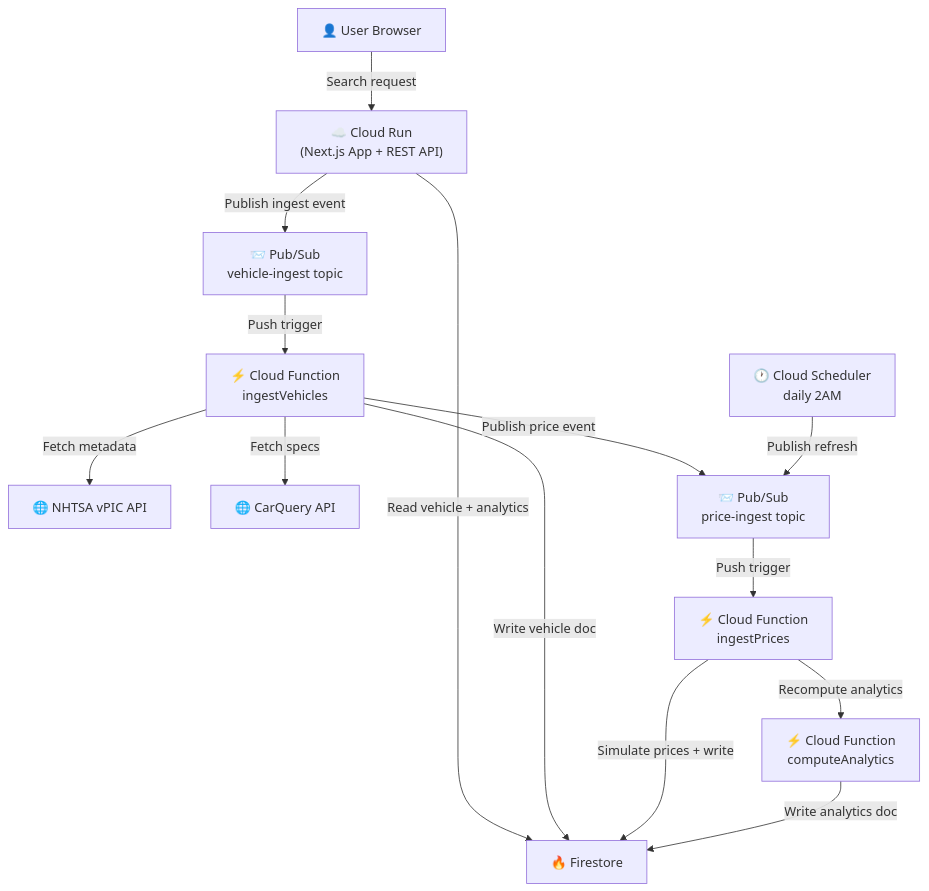
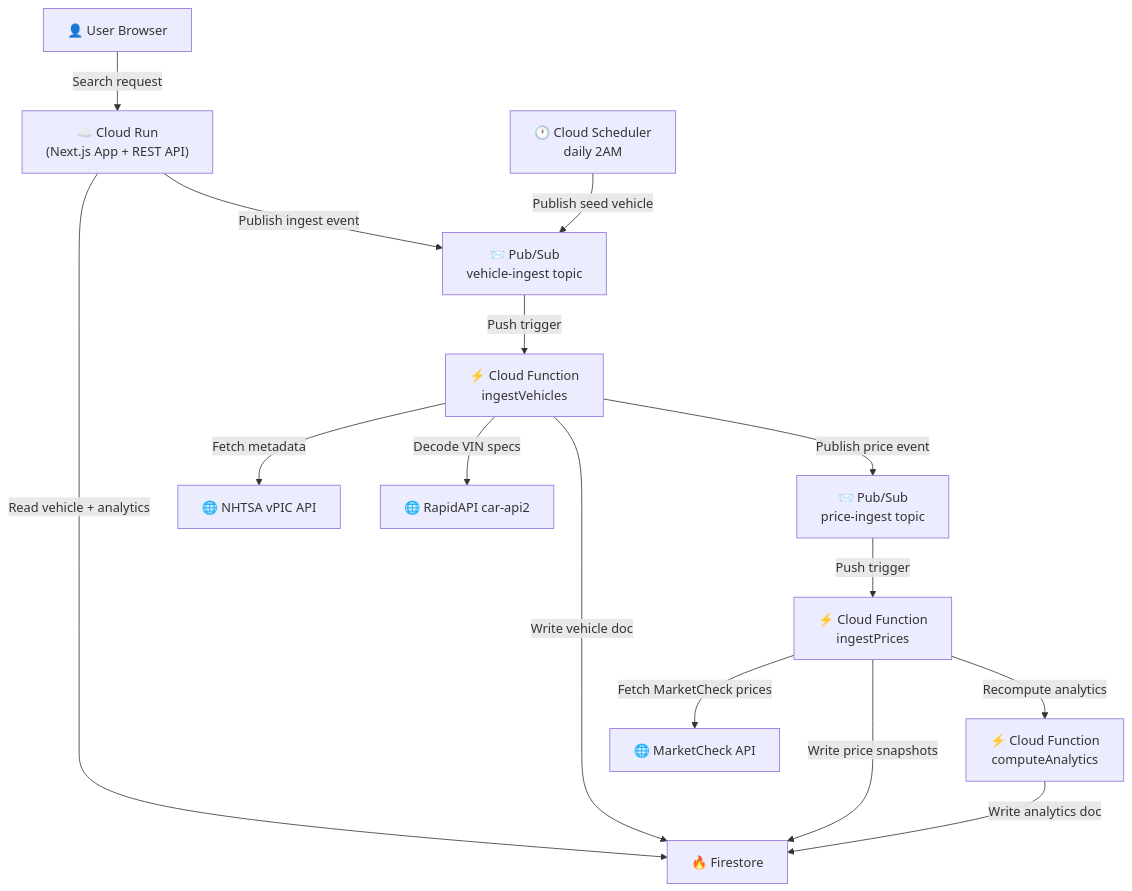
Before and after one commit to ethCS/vehicle-market-tracker: the diagram in README.md, drawn with Mermaid. The commit also changed other lines of this file and 30 other files, not shown here.

````diff
--- a/README.md
+++ b/README.md
@@ -8,16 +8,17 @@
 ```mermaid
 flowchart TD
 		User["👤 User Browser"] -->|Search request| CR["☁️ Cloud Run\n(Next.js App + REST API)"]
 		CR -->|Read vehicle + analytics| FS["🔥 Firestore"]
 		CR -->|Publish ingest event| PS1["📨 Pub/Sub\nvehicle-ingest topic"]
 		PS1 -->|Push trigger| CF1["⚡ Cloud Function\ningestVehicles"]
 		CF1 -->|Fetch metadata| NHTSA["🌐 NHTSA vPIC API"]
-		CF1 -->|Fetch specs| CQ["🌐 CarQuery API"]
+		CF1 -->|Decode VIN specs| RAPID["🌐 RapidAPI car-api2"]
 		CF1 -->|Write vehicle doc| FS
 		CF1 -->|Publish price event| PS2["📨 Pub/Sub\nprice-ingest topic"]
 		PS2 -->|Push trigger| CF2["⚡ Cloud Function\ningestPrices"]
-		CF2 -->|Simulate prices + write| FS
+		CF2 -->|Fetch MarketCheck prices| MC["🌐 MarketCheck API"]
+		CF2 -->|Write price snapshots| FS
 		CF2 -->|Recompute analytics| CF3["⚡ Cloud Function\ncomputeAnalytics"]
 		CF3 -->|Write analytics doc| FS
-		SCHED["🕐 Cloud Scheduler\ndaily 2AM"] -->|Publish refresh| PS2
+		SCHED["🕐 Cloud Scheduler\ndaily 2AM"] -->|Publish seed vehicle| PS1
 ```
````
